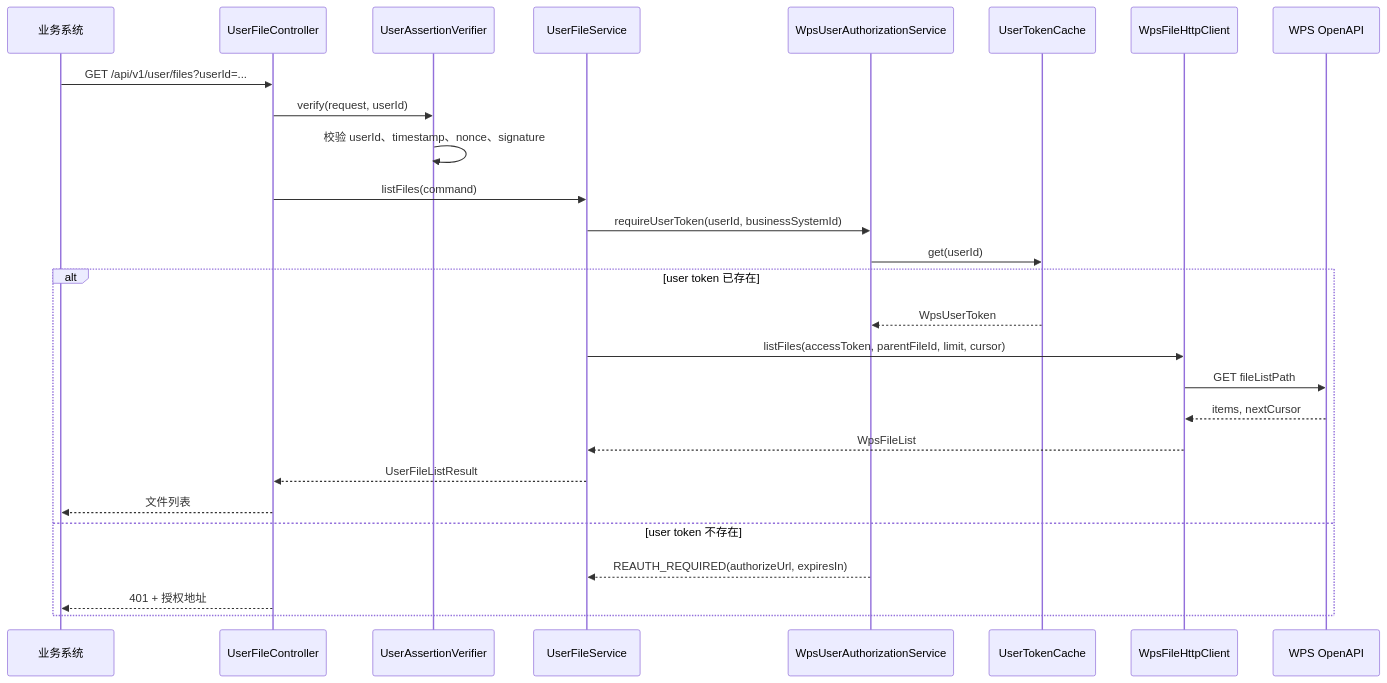
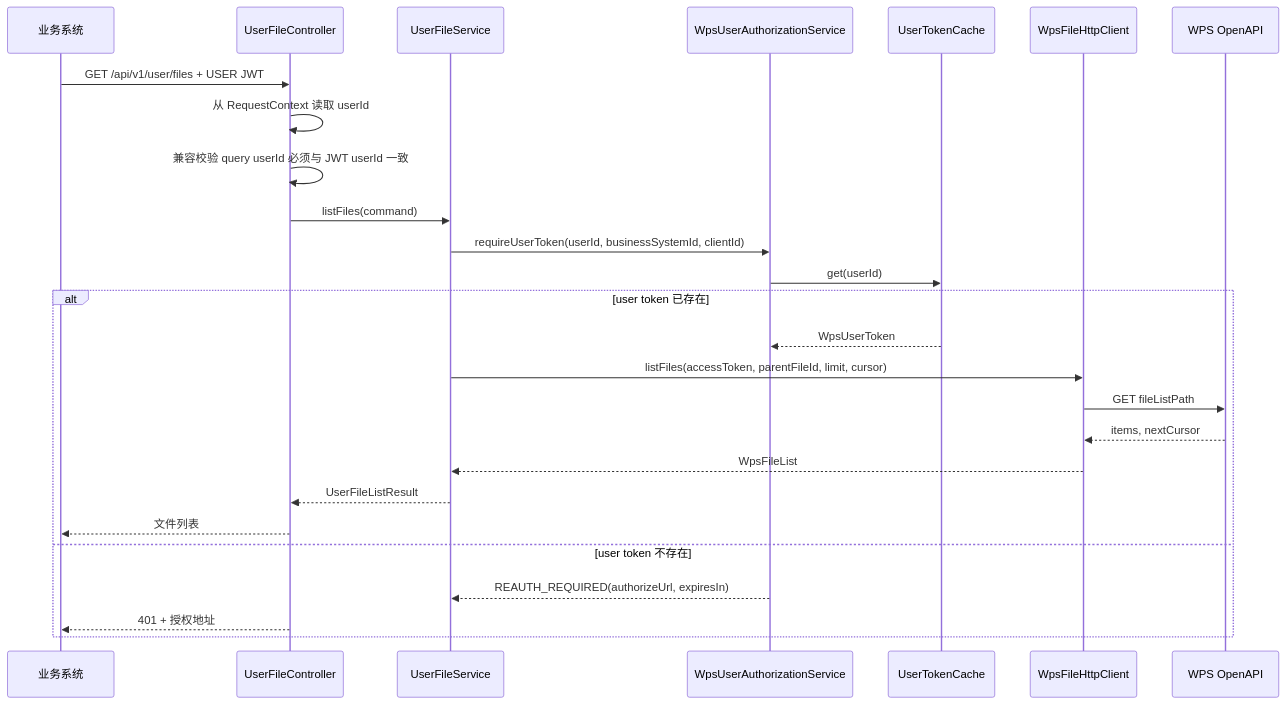
Before and after one commit to a1351995160/yungateway-minimal-token-wps: the fourth of 6 diagrams in docs/core-flows.zh-CN.md, drawn with Mermaid. The commit also changed other lines of this file and 116 other files, not shown here.

````diff
--- a/docs/core-flows.zh-CN.md
+++ b/docs/core-flows.zh-CN.md
@@ -102,30 +122,29 @@
 ```mermaid
 sequenceDiagram
     participant B as 业务系统
     participant C as UserFileController
-    participant U as UserAssertionVerifier
     participant S as UserFileService
     participant A as WpsUserAuthorizationService
     participant T as UserTokenCache
     participant W as WpsFileHttpClient
     participant O as WPS OpenAPI
 
-    B->>C: GET /api/v1/user/files?userId=...
-    C->>U: verify(request, userId)
-    U->>U: 校验 userId、timestamp、nonce、signature
+    B->>C: GET /api/v1/user/files + USER JWT
+    C->>C: 从 RequestContext 读取 userId
+    C->>C: 兼容校验 query userId 必须与 JWT userId 一致
     C->>S: listFiles(command)
-    S->>A: requireUserToken(userId, businessSystemId)
+    S->>A: requireUserToken(userId, businessSystemId, clientId)
     A->>T: get(userId)
     alt user token 已存在
         T-->>A: WpsUserToken
         S->>W: listFiles(accessToken, parentFileId, limit, cursor)
         W->>O: GET fileListPath
         O-->>W: items, nextCursor
         W-->>S: WpsFileList
         S-->>C: UserFileListResult
         C-->>B: 文件列表
     else user token 不存在
         A-->>S: REAUTH_REQUIRED(authorizeUrl, expiresIn)
         C-->>B: 401 + 授权地址
-    end
+end
 ```
````
